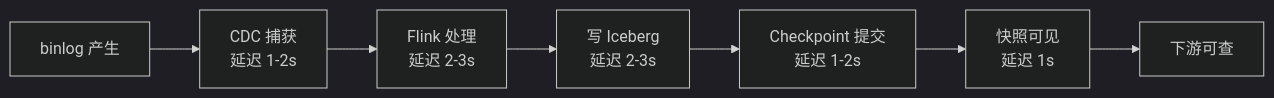
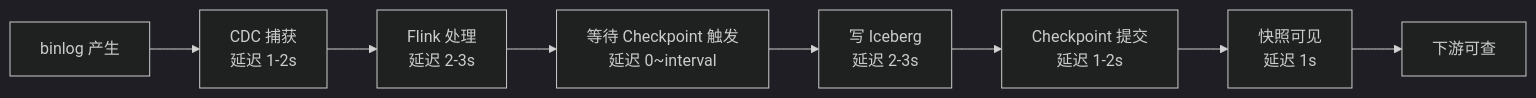
Diagram 13 of 24 in design/v2.0/详细设计/V2.0_数据联邦与实时数仓详细设计.md (Levango7/DataEngineBDP), drawn with Mermaid (dark theme) before and after one commit. The commit also changed other lines of this file and 6 other files, not shown here.

````diff
--- a/design/v2.0/详细设计/V2.0_数据联邦与实时数仓详细设计.md
+++ b/design/v2.0/详细设计/V2.0_数据联邦与实时数仓详细设计.md
@@ -1410,9 +1458,10 @@
 ```mermaid
 flowchart LR
     B[binlog 产生] --> C[CDC 捕获<br/>延迟 1-2s]
     C --> F[Flink 处理<br/>延迟 2-3s]
-    F --> W[写 Iceberg<br/>延迟 2-3s]
+    F --> WC[等待 Checkpoint 触发<br/>延迟 0~interval]
+    WC --> W[写 Iceberg<br/>延迟 2-3s]
     W --> S[Checkpoint 提交<br/>延迟 1-2s]
     S --> V[快照可见<br/>延迟 1s]
     V --> Q[下游可查]
 ```
````
